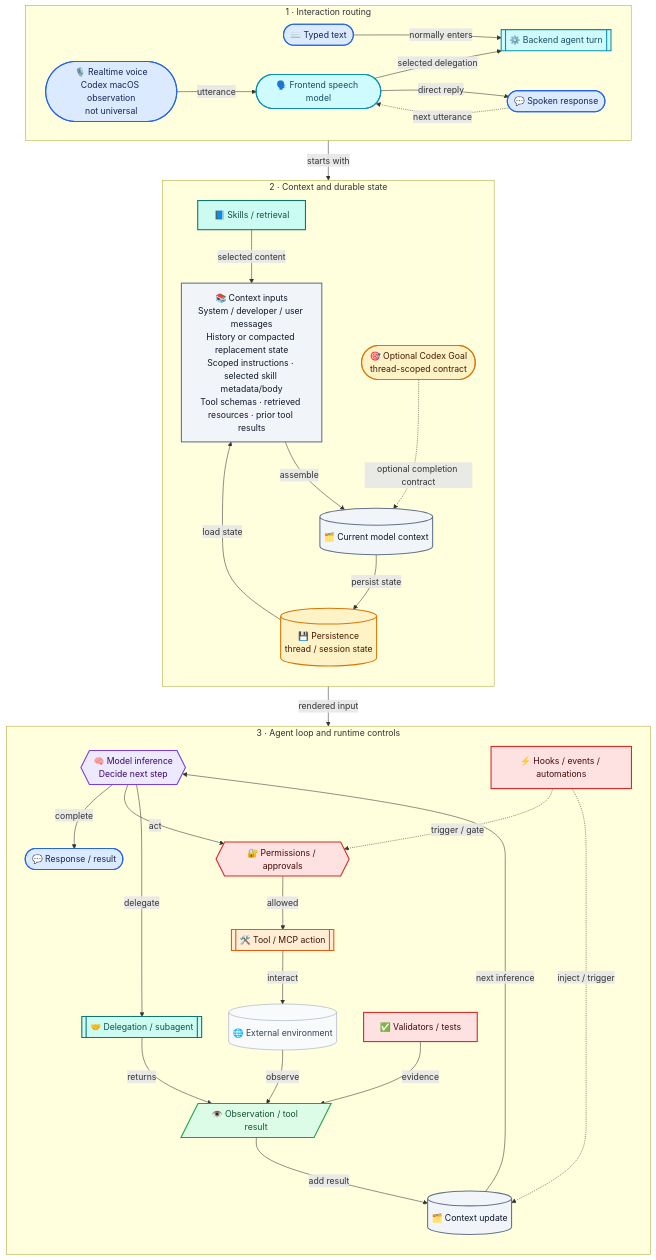
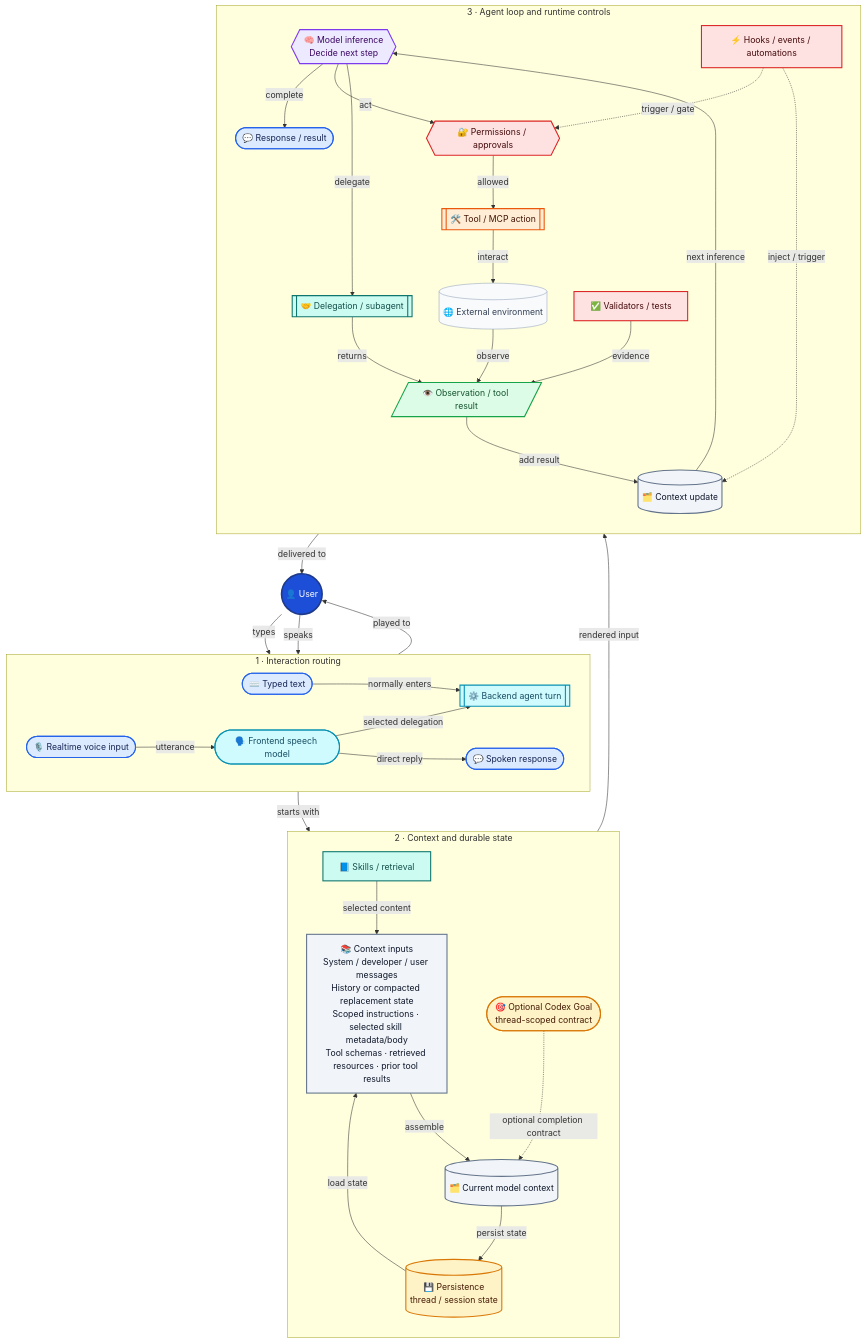
Before and after one commit to ArthurZakirov/SystemSmith: the second of 2 diagrams in skills/engineer-agentic-ai/references/agent-runtime-model.md, drawn with Mermaid.

Commit message:
docs: unify runtime user routing

````diff
--- a/skills/engineer-agentic-ai/references/agent-runtime-model.md
+++ b/skills/engineer-agentic-ai/references/agent-runtime-model.md
@@ -57,9 +57,11 @@
 ```mermaid
 flowchart TB
+    USER((👤 User))
+
     subgraph ROUTING["1 · Interaction routing"]
         direction LR
         TYPED([⌨️ Typed text])
-        VOICE([🎙️ Realtime voice<br/>Codex macOS observation<br/>not universal])
+        VOICE([🎙️ Realtime voice input])
         SPEECH([🗣️ Frontend speech model])
         SPOKEN([💬 Spoken response])
         BACKEND[[⚙️ Backend agent turn]]
@@ -67,7 +69,6 @@
         TYPED -->|normally enters| BACKEND
         VOICE -->|utterance| SPEECH
         SPEECH -->|direct reply| SPOKEN
-        SPOKEN -.->|next utterance| SPEECH
         SPEECH -->|selected delegation| BACKEND
     end
 
@@ -112,11 +113,17 @@
         VALIDATE -->|evidence| OBS
     end
 
+    USER -->|types| TYPED
+    USER -->|speaks| VOICE
+    SPOKEN -->|played to| USER
+
     BACKEND -->|starts with| CURRENT
     CURRENT -->|rendered input| MODEL
+    RESULT -->|delivered to| USER
 
     HOOKS -.->|inject / trigger| UPDATE
 
+    classDef actor fill:#1D4ED8,stroke:#1E3A8A,color:#FFFFFF,stroke-width:3px
     classDef message fill:#DBEAFE,stroke:#2563EB,color:#172554,stroke-width:2px
     classDef surface fill:#CFFAFE,stroke:#0891B2,color:#164E63,stroke-width:2px
     classDef context fill:#F1F5F9,stroke:#64748B,color:#0F172A,stroke-width:2px
@@ -128,6 +135,7 @@
     classDef delegation fill:#CCFBF1,stroke:#0F766E,color:#134E4A,stroke-width:2px
     classDef note fill:#F8FAFC,stroke:#94A3B8,color:#334155,stroke-width:1px
 
+    class USER actor
     class TYPED,VOICE,SPOKEN,RESULT message
     class SPEECH,BACKEND surface
     class INPUTS,CURRENT,UPDATE context
````
